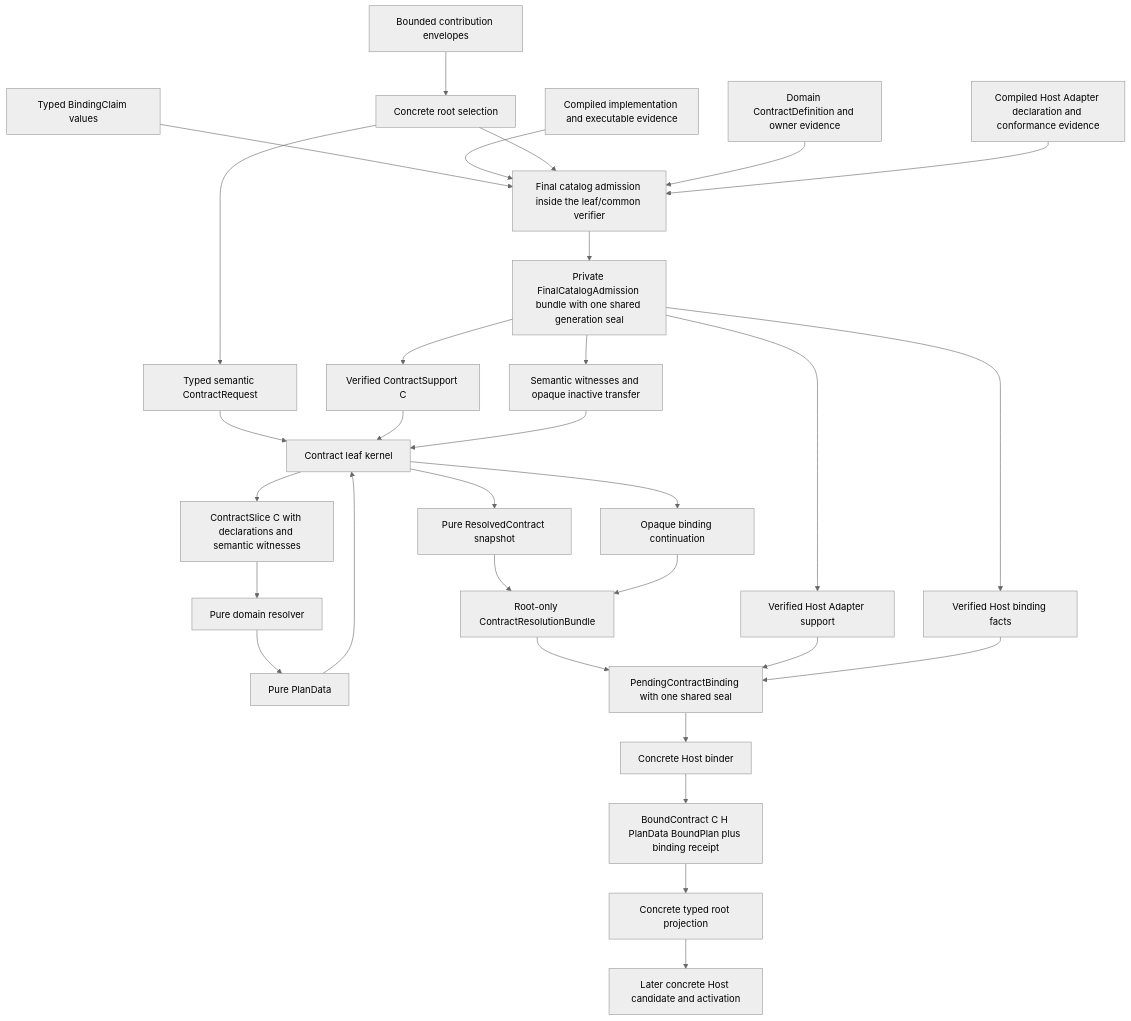
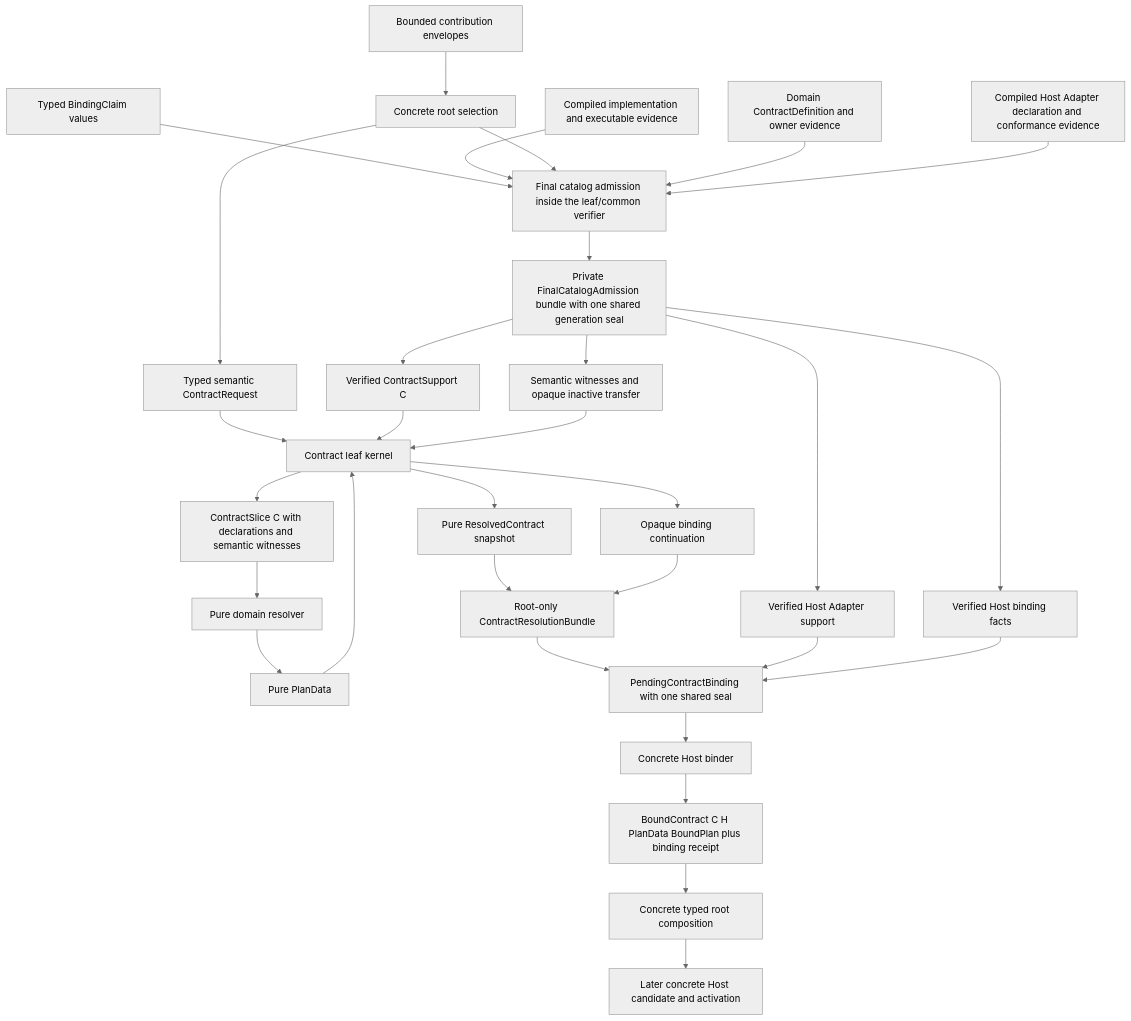
The diagram in docs/architecture/extension-contract-kernel-interface-design.md (Latias94/nara), drawn with Mermaid (neutral theme) before and after one commit. The commit also changed other lines of this file and 15 other files, not shown here.

First line of the commit message:
docs(architecture): tighten runtime and authoring interfaces

````diff
--- a/docs/architecture/extension-contract-kernel-interface-design.md
+++ b/docs/architecture/extension-contract-kernel-interface-design.md
@@ -170,33 +170,33 @@
 ```mermaid
 flowchart TD
     Descriptor[Bounded contribution envelopes] --> Select[Concrete root selection]
     Claims[Typed BindingClaim values] --> Admission[Final catalog admission inside the leaf/common verifier]
     Compiled[Compiled implementation and executable evidence] --> Admission
     Select --> Admission
     Definition[Domain ContractDefinition and owner evidence] --> Admission
     Adapter[Compiled Host Adapter declaration and conformance evidence] --> Admission
     Admission --> Admitted[Private FinalCatalogAdmission bundle with one shared generation seal]
     Admitted --> Support[Verified ContractSupport C]
     Admitted --> AdapterSupport[Verified Host Adapter support]
     Admitted --> HostFacts[Verified Host binding facts]
     Admitted --> Transfer[Semantic witnesses and opaque inactive transfer]
     Select --> Request[Typed semantic ContractRequest]
     Request --> Leaf[Contract leaf kernel]
     Support --> Leaf
     Transfer --> Leaf
     Leaf --> Slice[ContractSlice C with declarations and semantic witnesses]
     Slice --> Domain[Pure domain resolver]
     Domain --> Plan[Pure PlanData]
     Plan --> Leaf
     Leaf --> Semantic[Pure ResolvedContract snapshot]
     Leaf --> Continuation[Opaque binding continuation]
     Semantic --> Bundle[Root-only ContractResolutionBundle]
     Continuation --> Bundle
     Bundle --> Pending[PendingContractBinding with one shared seal]
     AdapterSupport --> Pending
     HostFacts --> Pending
     Pending --> Binder[Concrete Host binder]
     Binder --> Bound[BoundContract C H PlanData BoundPlan plus binding receipt]
-    Bound --> Projection[Concrete typed root projection]
-    Projection --> Host[Later concrete Host candidate and activation]
+    Bound --> Composition[Concrete typed root composition]
+    Composition --> Host[Later concrete Host candidate and activation]
 ```
````
